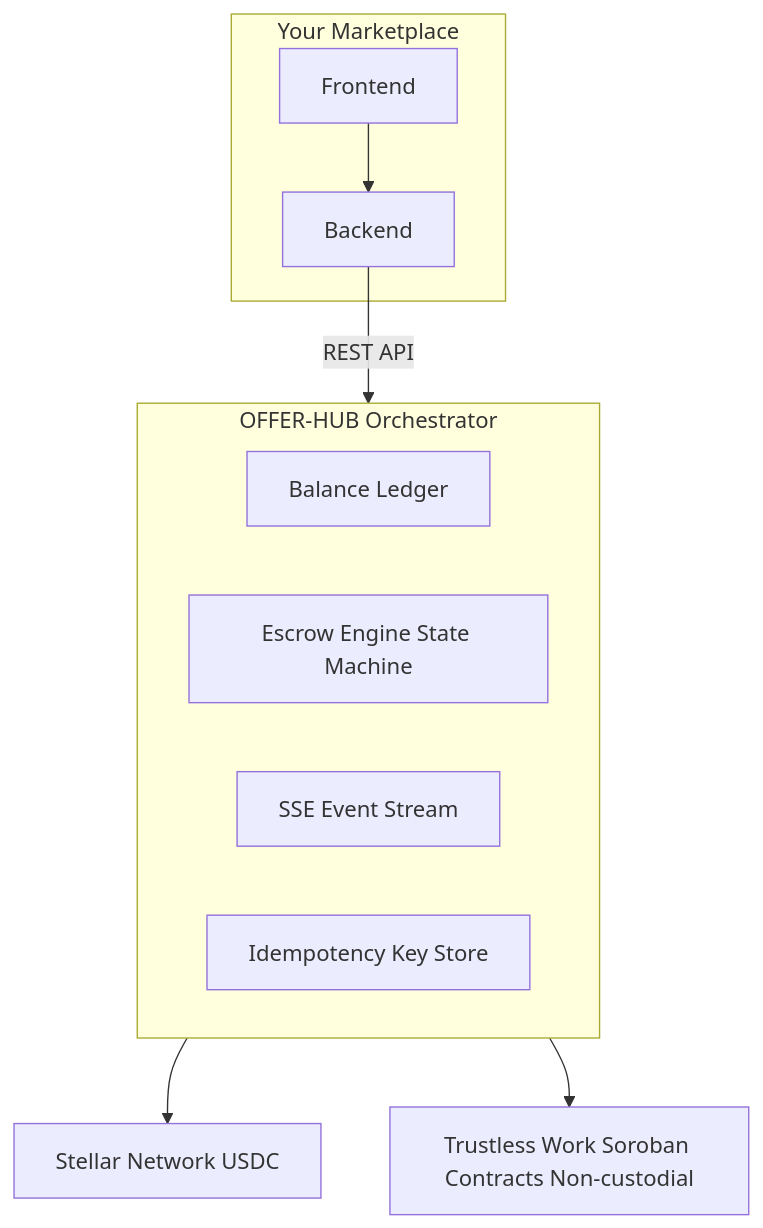
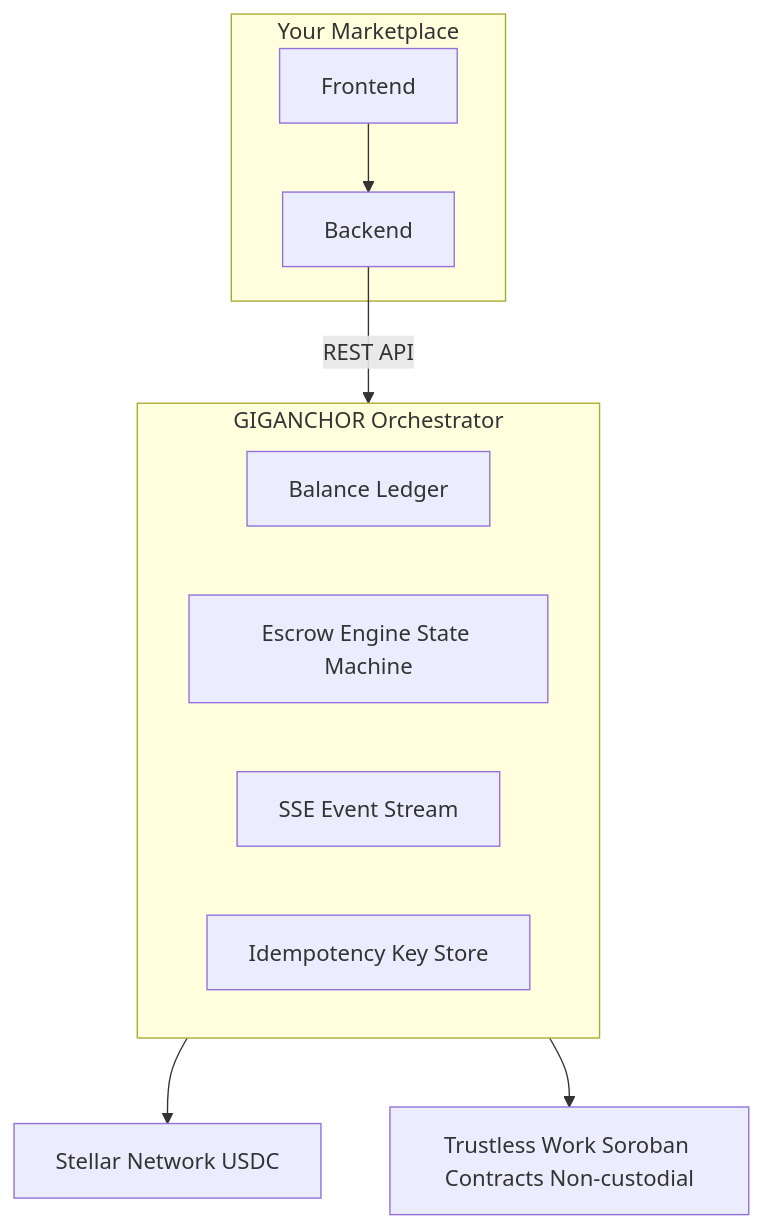
The diagram in content/docs/guide/orchestrator.mdx (GigAnchor/giganchor), drawn with Mermaid before and after one commit. The commit also changed other lines of this file and 194 other files, not shown here.

````diff
--- a/content/docs/guide/orchestrator.mdx
+++ b/content/docs/guide/orchestrator.mdx
@@ -36,23 +36,23 @@
 ```mermaid
 flowchart TB
     subgraph Marketplace["Your Marketplace"]
         Frontend[Frontend]
         Backend[Backend]
         Frontend --> Backend
     end
 
     Backend -->|REST API| Orchestrator
 
-    subgraph Orchestrator["OFFER-HUB Orchestrator"]
+    subgraph Orchestrator["GIGANCHOR Orchestrator"]
         Ledger[Balance Ledger]
         Escrow[Escrow Engine State Machine]
         SSE[SSE Event Stream]
         Idemp[Idempotency Key Store]
     end
 
     Orchestrator --> Stellar
     Orchestrator --> Trustless
 
     Stellar[Stellar Network USDC]
     Trustless[Trustless Work Soroban Contracts Non-custodial]
 ```
````
